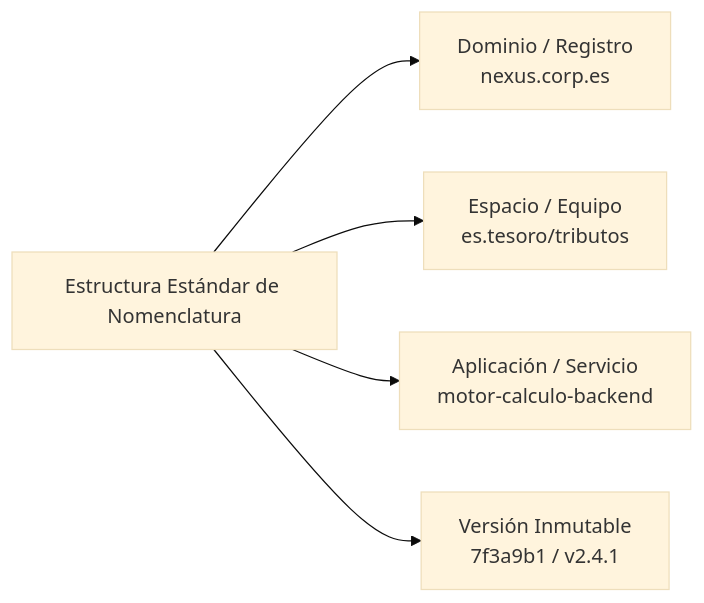
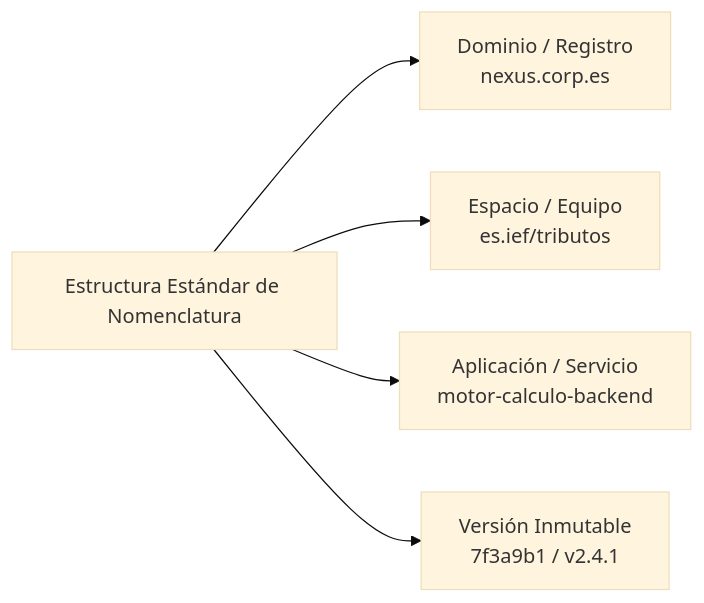
The second of 7 diagrams in docs/sesion4/4.4 Registro, gestión y seguridad de imágenes.md (ieftraining/curso-openshift), drawn with Mermaid (base theme) before and after one commit. The commit also changed other lines of this file, not shown here.

````diff
--- a/docs/sesion4/4.4 Registro, gestión y seguridad de imágenes.md
+++ b/docs/sesion4/4.4 Registro, gestión y seguridad de imágenes.md
@@ -54,7 +54,7 @@
 ```mermaid
 flowchart LR
     A[Estructura Estándar de Nomenclatura] --> B[Dominio / Registro<br>nexus.corp.es]
-    A --> C[Espacio / Equipo<br>es.tesoro/tributos]
+    A --> C[Espacio / Equipo<br>es.ief/tributos]
     A --> D[Aplicación / Servicio<br>motor-calculo-backend]
     A --> E[Versión Inmutable<br>7f3a9b1 / v2.4.1]
 ```
````
